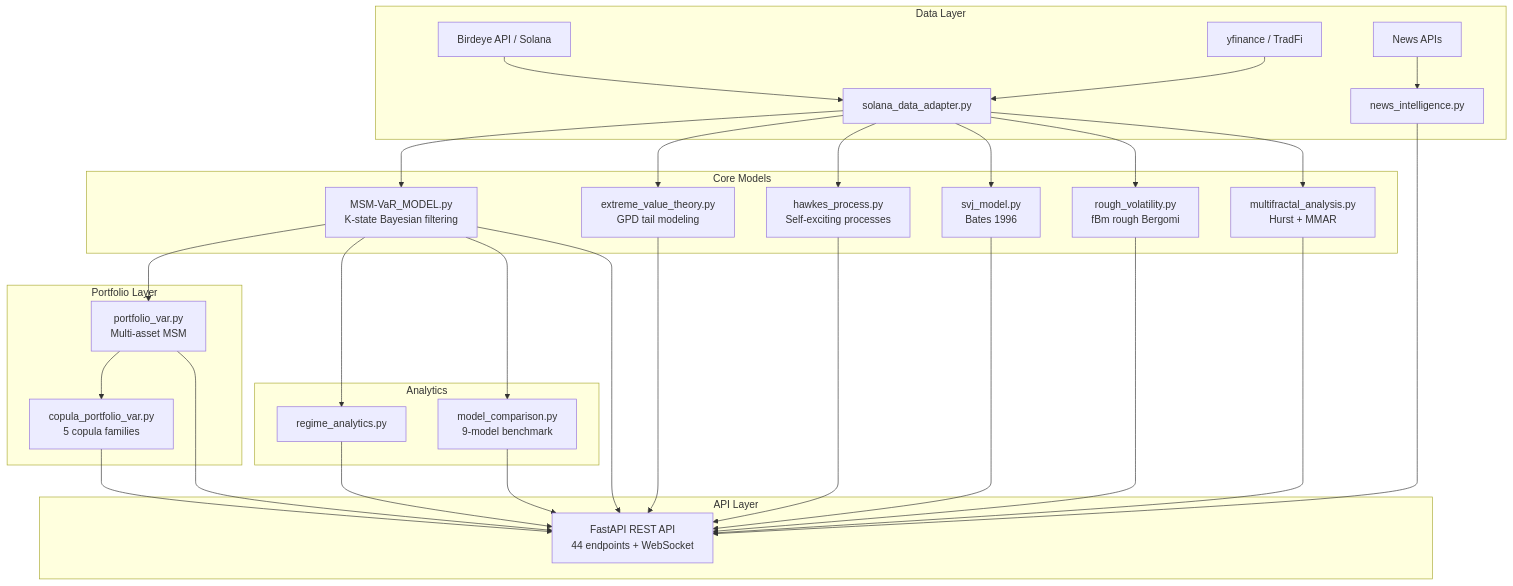
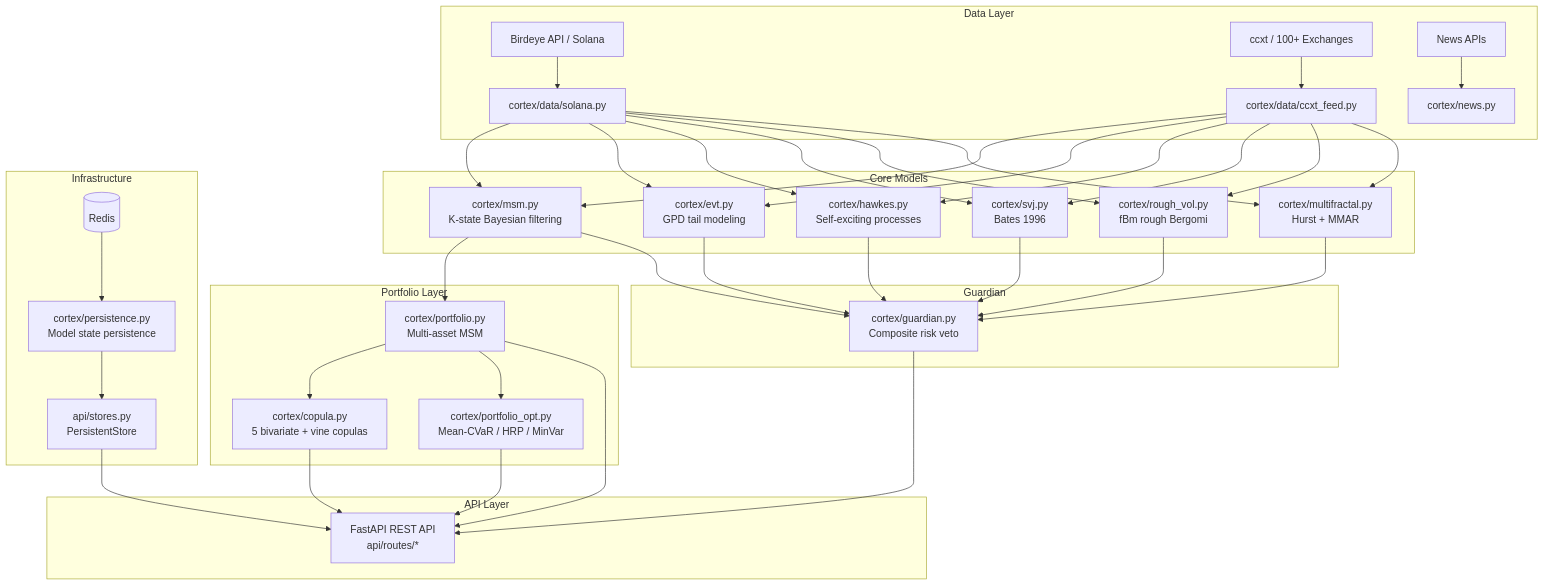
The diagram in README.md (wienerlabs/cortex-A-LAMS-VaR), drawn with Mermaid before and after one commit. The commit also changed other lines of this file and 509 other files, not shown here.

First line of the commit message:
feat: add Cortex Agent system, backend, Solana programs + update README

````diff
--- a/README.md
+++ b/README.md
@@ -259,31 +274,36 @@
 ```mermaid
 graph TB
     subgraph Data Layer
-        A[Birdeye API / Solana] --> D[solana_data_adapter.py]
-        B[yfinance / TradFi] --> D
-        C[News APIs] --> N[news_intelligence.py]
+        A[Birdeye API / Solana] --> D[cortex/data/solana.py]
+        B[ccxt / 100+ Exchanges] --> CX[cortex/data/ccxt_feed.py]
+        C[News APIs] --> N[cortex/news.py]
     end
 
     subgraph Core Models
-        D --> MSM[MSM-VaR_MODEL.py<br/>K-state Bayesian filtering]
-        D --> EVT[extreme_value_theory.py<br/>GPD tail modeling]
-        D --> HWK[hawkes_process.py<br/>Self-exciting processes]
-        D --> SVJ[svj_model.py<br/>Bates 1996]
-        D --> RV[rough_volatility.py<br/>fBm rough Bergomi]
-        D --> MF[multifractal_analysis.py<br/>Hurst + MMAR]
+        D & CX --> MSM[cortex/msm.py<br/>K-state Bayesian filtering]
+        D & CX --> EVT[cortex/evt.py<br/>GPD tail modeling]
+        D & CX --> HWK[cortex/hawkes.py<br/>Self-exciting processes]
+        D & CX --> SVJ[cortex/svj.py<br/>Bates 1996]
+        D & CX --> RV[cortex/rough_vol.py<br/>fBm rough Bergomi]
+        D & CX --> MF[cortex/multifractal.py<br/>Hurst + MMAR]
     end
 
     subgraph Portfolio Layer
-        MSM --> PV[portfolio_var.py<br/>Multi-asset MSM]
-        PV --> CP[copula_portfolio_var.py<br/>5 copula families]
+        MSM --> PV[cortex/portfolio.py<br/>Multi-asset MSM]
+        PV --> CP[cortex/copula.py<br/>5 bivariate + vine copulas]
+        PV --> PO[cortex/portfolio_opt.py<br/>Mean-CVaR / HRP / MinVar]
     end
 
-    subgraph Analytics
-        MSM --> RA[regime_analytics.py]
-        MSM --> MC[model_comparison.py<br/>9-model benchmark]
+    subgraph Infrastructure
+        REDIS[(Redis)] --> PERSIST[cortex/persistence.py<br/>Model state persistence]
+        PERSIST --> STORES[api/stores.py<br/>PersistentStore]
+    end
+
+    subgraph Guardian
+        MSM & EVT & HWK & SVJ & RV & MF --> G[cortex/guardian.py<br/>Composite risk veto]
     end
 
     subgraph API Layer
-        MSM & EVT & HWK & SVJ & RV & MF & PV & CP & RA & MC & N --> API[FastAPI REST API<br/>44 endpoints + WebSocket]
+        G & PV & CP & PO & STORES --> API[FastAPI REST API<br/>api/routes/*]
     end
 ```
````
